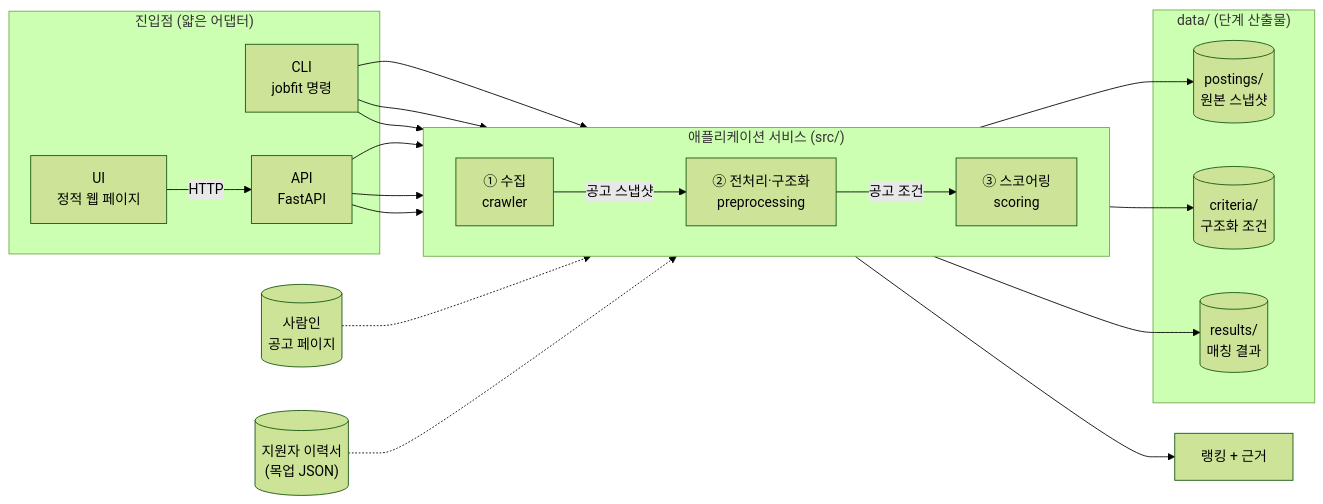
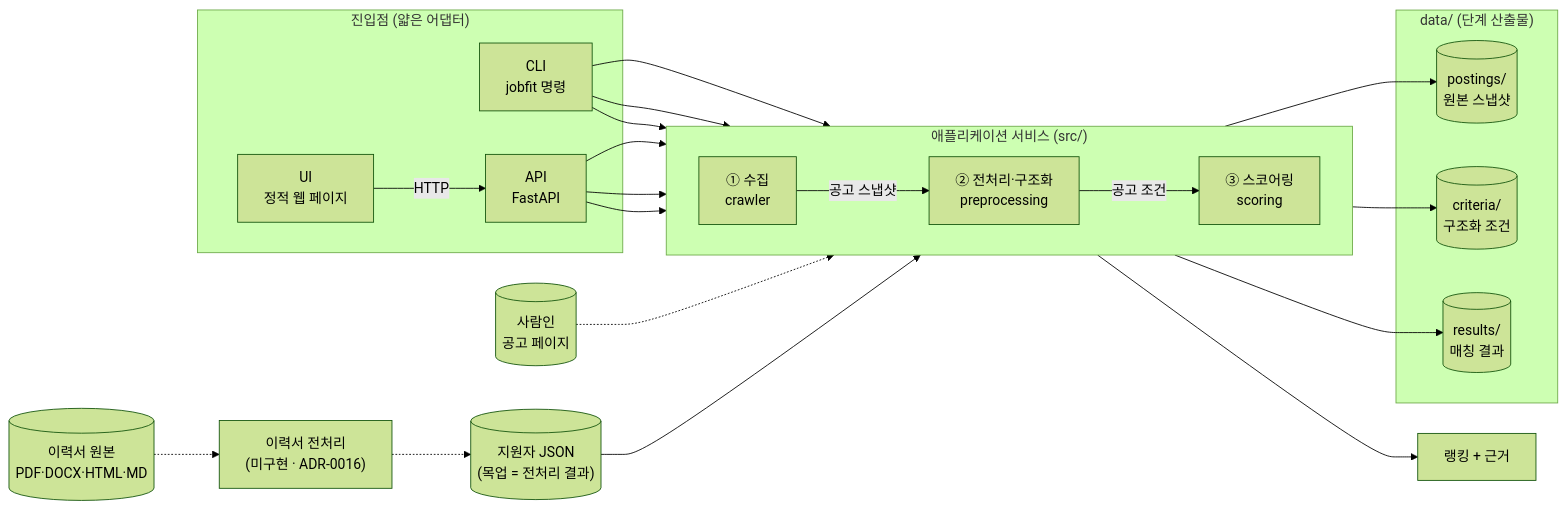
The first of 2 diagrams in docs/architecture.md (dudco/jobfit), drawn with Mermaid (forest theme) before and after one commit. The commit also changed other lines of this file and 4 other files, not shown here.

First line of the commit message:
docs: 목업 JSON = 이력서 전처리 결과 계약, 이력서 전처리 단계 설계(미구현)

````diff
--- a/docs/architecture.md
+++ b/docs/architecture.md
@@ -5,34 +5,36 @@
 ```mermaid
 flowchart LR
     subgraph entry["진입점 (얇은 어댑터)"]
         CLI["CLI<br/>jobfit 명령"]
         API["API<br/>FastAPI"]
         UI["UI<br/>정적 웹 페이지"]
     end
 
     subgraph core["애플리케이션 서비스 (src/)"]
         direction LR
         C["① 수집<br/>crawler"]
         P["② 전처리·구조화<br/>preprocessing"]
         S["③ 스코어링<br/>scoring"]
         C -- "공고 스냅샷" --> P
         P -- "공고 조건" --> S
     end
 
     UI -- HTTP --> API
     CLI --> C & P & S
     API --> C & P & S
 
     SR[("사람인<br/>공고 페이지")] -.-> C
-    CAND[("지원자 이력서<br/>(목업 JSON)")] -.-> S
+    RES[("이력서 원본<br/>PDF·DOCX·HTML·MD")] -.-> RP["이력서 전처리<br/>(미구현 · ADR-0016)"]
+    RP -.-> CAND[("지원자 JSON<br/>(목업 = 전처리 결과)")]
+    CAND --> S
     S --> OUT["랭킹 + 근거"]
 
     subgraph store["data/ (단계 산출물)"]
         D1[("postings/<br/>원본 스냅샷")]
         D2[("criteria/<br/>구조화 조건")]
         D3[("results/<br/>매칭 결과")]
     end
     C --> D1
     P --> D2
     S --> D3
 ```
````
